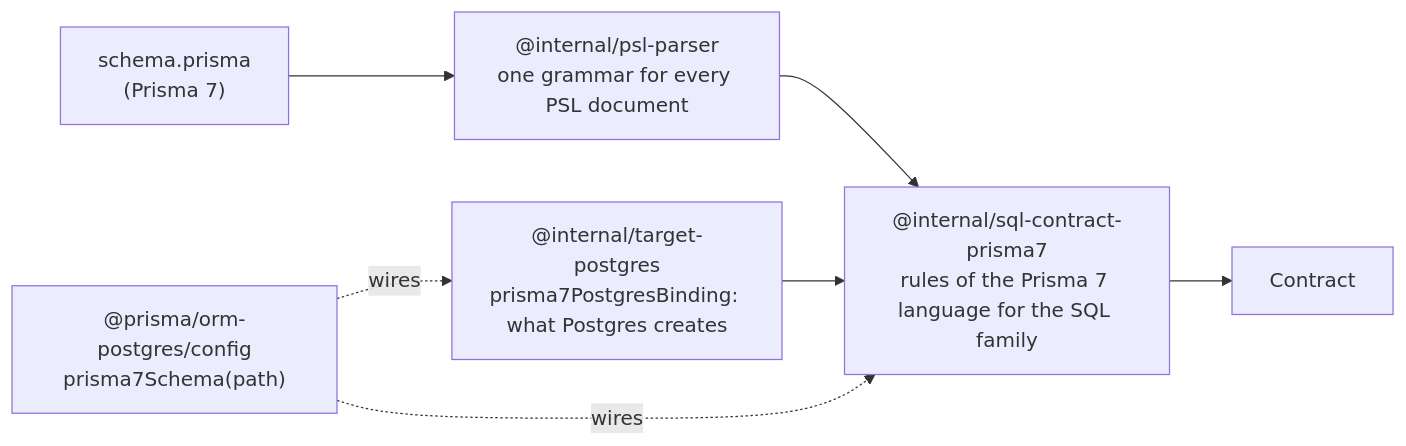
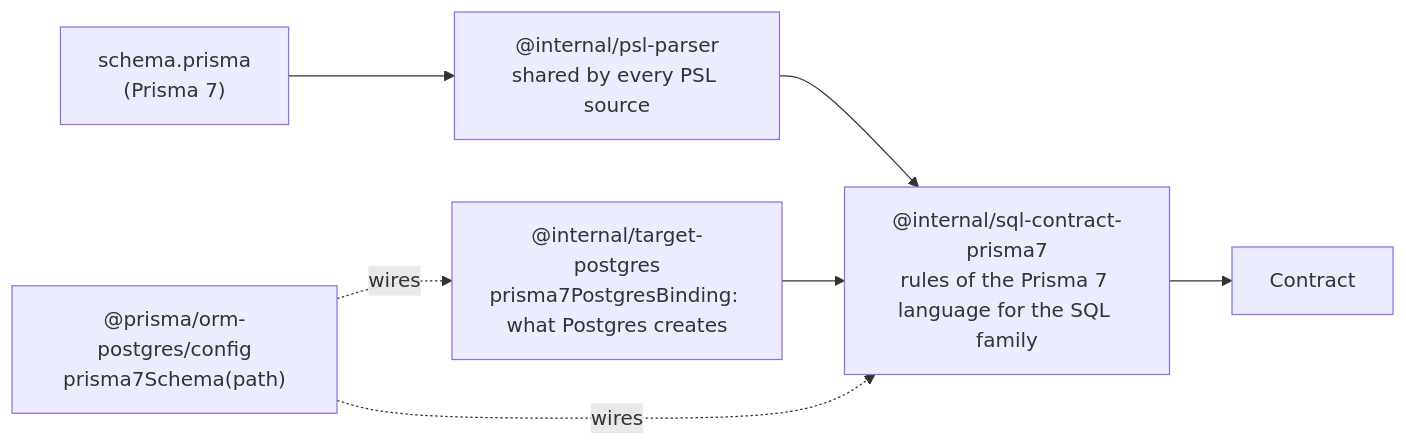
Before and after one commit to RaphaelFakhri/orm: the diagram in docs/architecture docs/adrs/ADR 252 - An earlier Prisma version's schema is a contract source.md, drawn with Mermaid. The commit also changed other lines of this file and 37 other files, not shown here.

First line of the commit message:
TML-3324: Parse view bodies as model fields only in Prisma 7 and Prisma 6 schemas (#30507)

````diff
--- a/docs/architecture docs/adrs/ADR 252 - An earlier Prisma version's schema is a contract source.md
+++ b/docs/architecture docs/adrs/ADR 252 - An earlier Prisma version's schema is a contract source.md
@@ -87,9 +87,9 @@
 ```mermaid
 flowchart LR
-  schema["schema.prisma<br/>(Prisma 7)"] --> parser["@internal/psl-parser<br/>one grammar for every PSL document"]
+  schema["schema.prisma<br/>(Prisma 7)"] --> parser["@internal/psl-parser<br/>shared by every PSL source"]
   parser --> interpreter["@internal/sql-contract-prisma7<br/>rules of the Prisma 7 language for the SQL family"]
   binding["@internal/target-postgres<br/>prisma7PostgresBinding: what Postgres creates"] --> interpreter
   interpreter --> contract["Contract"]
   facade["@prisma/orm-postgres/config<br/>prisma7Schema(path)"] -. wires .-> interpreter
   facade -. wires .-> binding
 ```
````
